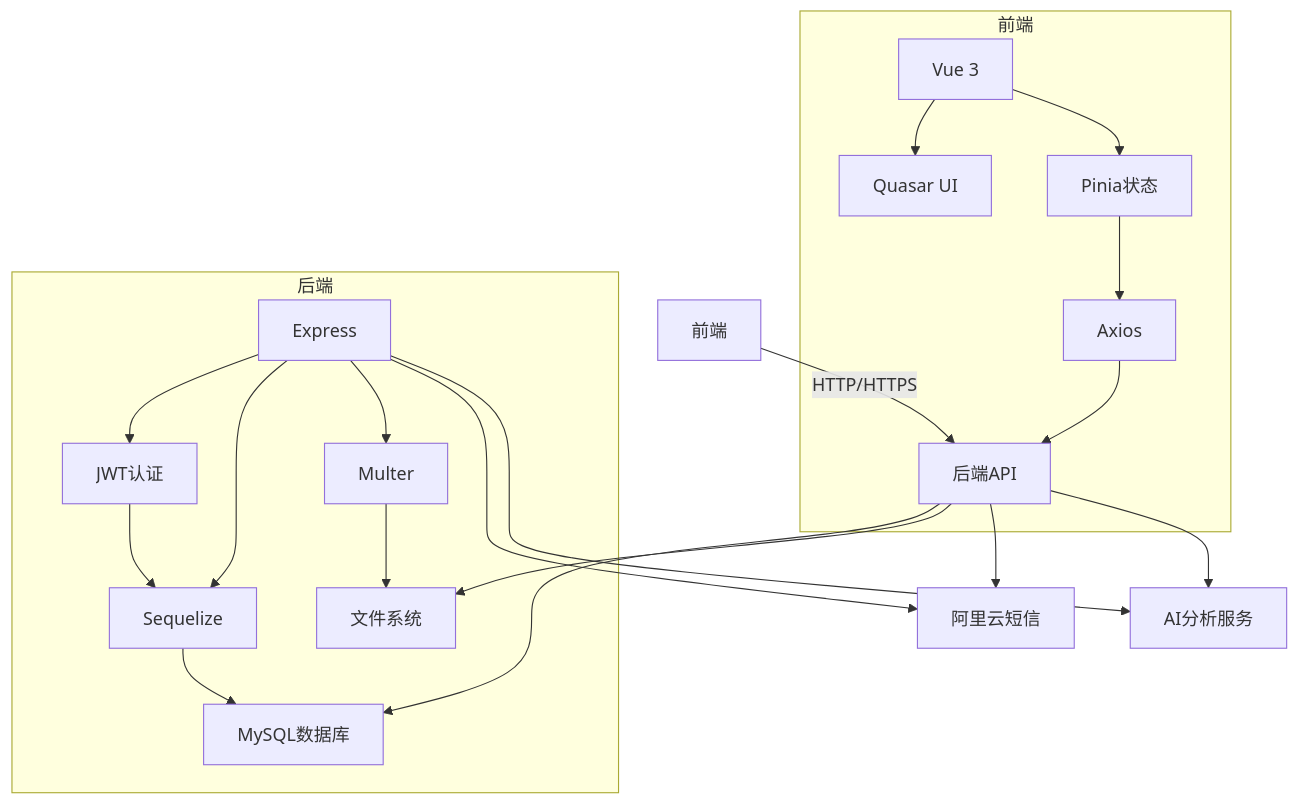
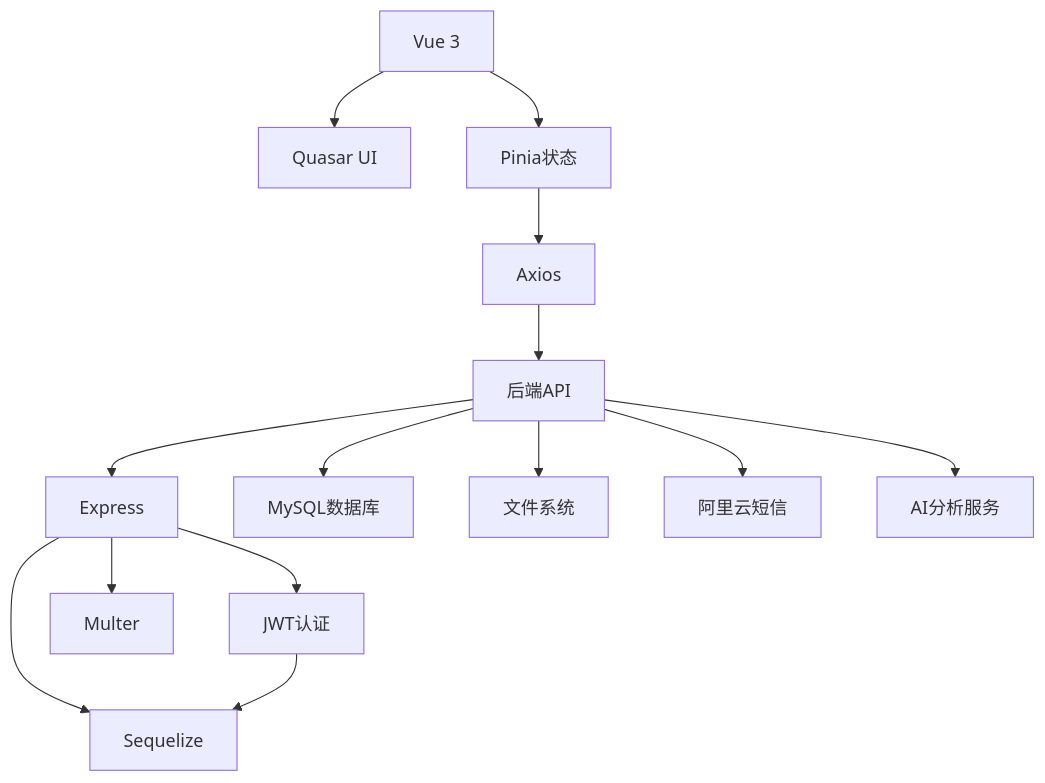
The ninth of 9 diagrams in wiki/技术栈.md (xingranya/CervixDetectAI), drawn with Mermaid before and after one commit. The commit also changed other lines of this file and 35 other files, not shown here.

First line of the commit message:
docs(readme): 优化并统一项目文档中的流程图与说明

````diff
--- a/wiki/技术栈.md
+++ b/wiki/技术栈.md
@@ -381,32 +373,16 @@
 ```mermaid
-graph TD
-A[前端] --> |HTTP/HTTPS| B[后端API]
+flowchart TD
+A1[Vue 3] --> A2[Quasar UI]
+A1 --> A3[Pinia状态]
+A3 --> A4[Axios]
+A4 --> B[后端API]
+B --> B1[Express]
 B --> C[MySQL数据库]
 B --> D[文件系统]
 B --> E[阿里云短信]
 B --> F[AI分析服务]
-subgraph 前端
-A1[Vue 3]
-A2[Quasar UI]
-A3[Pinia状态]
-A4[Axios]
-A1 --> A2
-A1 --> A3
-A3 --> A4
-A4 --> B
-end
-subgraph 后端
-B1[Express]
-B2[JWT认证]
-B3[Sequelize]
-B4[Multer]
-B1 --> B2
-B1 --> B3
-B1 --> B4
+B1 --> B2[JWT认证]
+B1 --> B3[Sequelize]
+B1 --> B4[Multer]
 B2 --> B3
-B3 --> C
-B4 --> D
-end
-B1 --> E
-B1 --> F
 ```
````
